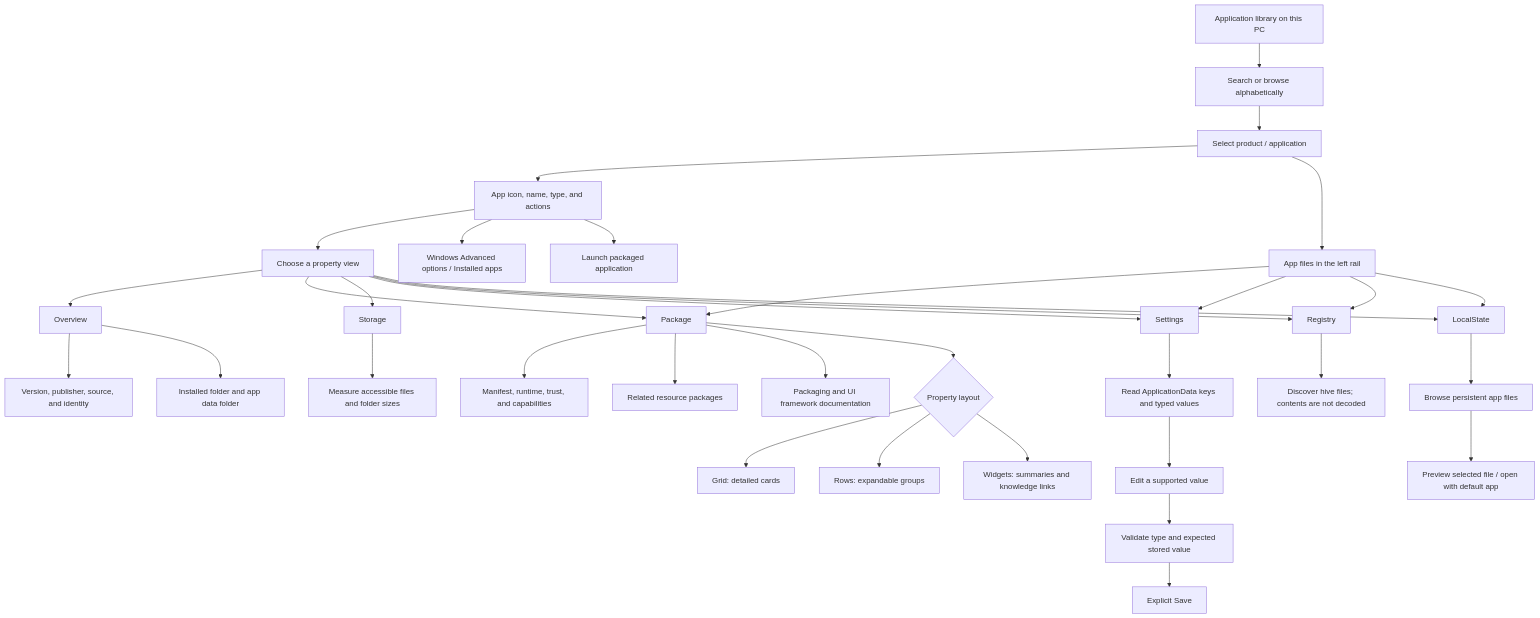
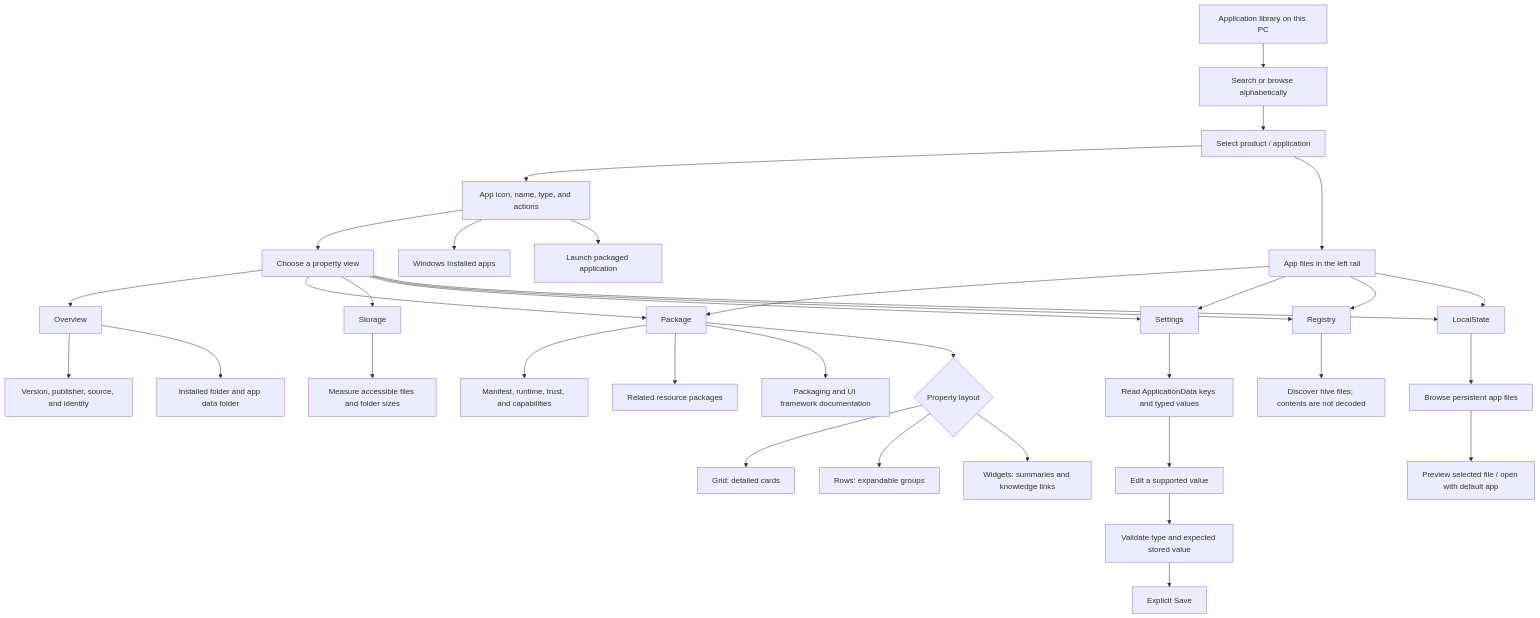
The diagram in docs/navigation-flow.md (JohnDizzle/WinApps), drawn with Mermaid before and after one commit. The commit also changed 18 other files, not shown here.

````diff
--- a/docs/navigation-flow.md
+++ b/docs/navigation-flow.md
@@ -5,44 +5,44 @@
 ```mermaid
 flowchart TD
     Library[Application library on this PC] --> Find[Search or browse alphabetically]
     Find --> Select[Select product / application]
     Select --> Header[App icon, name, type, and actions]
     Select --> Files[App files in the left rail]
     Header --> Properties[Choose a property view]
-    Header --> Manage[Windows Advanced options / Installed apps]
+    Header --> Manage[Windows Installed apps]
     Header --> Launch[Launch packaged application]
 
     Properties --> Overview[Overview]
     Overview --> Info[Version, publisher, source, and identity]
     Overview --> Locations[Installed folder and app data folder]
 
     Properties --> Package[Package]
     Package --> Manifest[Manifest, runtime, trust, and capabilities]
     Package --> Resources[Related resource packages]
     Package --> Frameworks[Packaging and UI framework documentation]
     Package --> Layout{Property layout}
     Layout --> Grid[Grid: detailed cards]
     Layout --> Rows[Rows: expandable groups]
     Layout --> Widgets[Widgets: summaries and knowledge links]
 
     Properties --> Storage[Storage]
     Storage --> Measure[Measure accessible files and folder sizes]
 
     Properties --> Settings[Settings]
     Settings --> Values[Read ApplicationData keys and typed values]
     Values --> Draft[Edit a supported value]
     Draft --> Validate[Validate type and expected stored value]
     Validate --> Save[Explicit Save]
 
     Properties --> Registry[Registry]
     Registry --> Hives[Discover hive files; contents are not decoded]
 
     Properties --> LocalState[LocalState]
     LocalState --> Data[Browse persistent app files]
 
     Files --> Package
     Files --> Settings
     Files --> Registry
     Files --> LocalState
     Data --> Preview[Preview selected file / open with default app]
 ```
````
